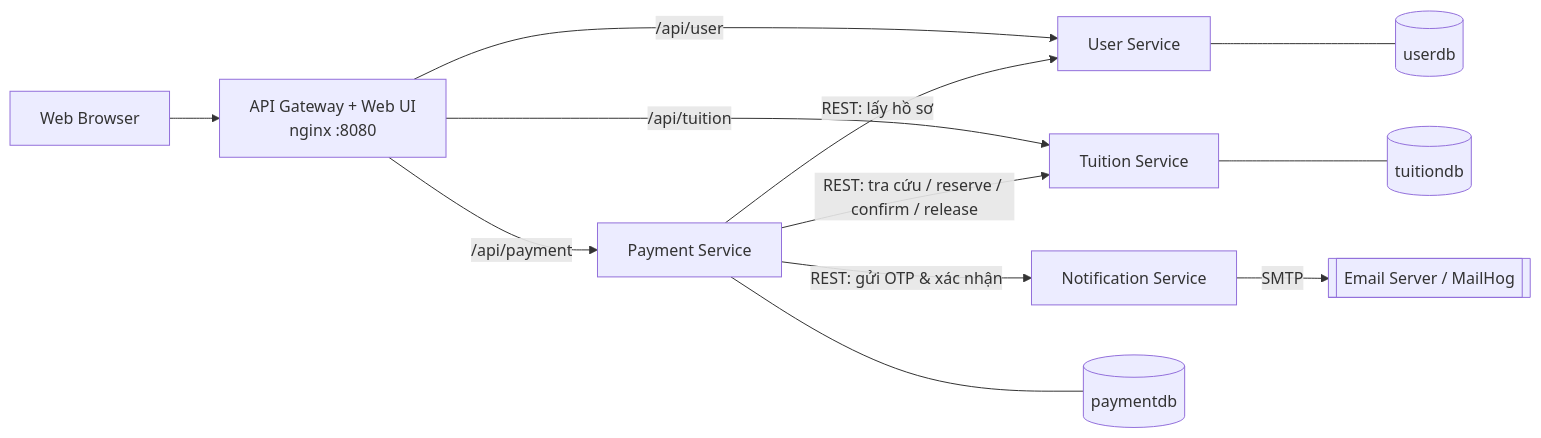
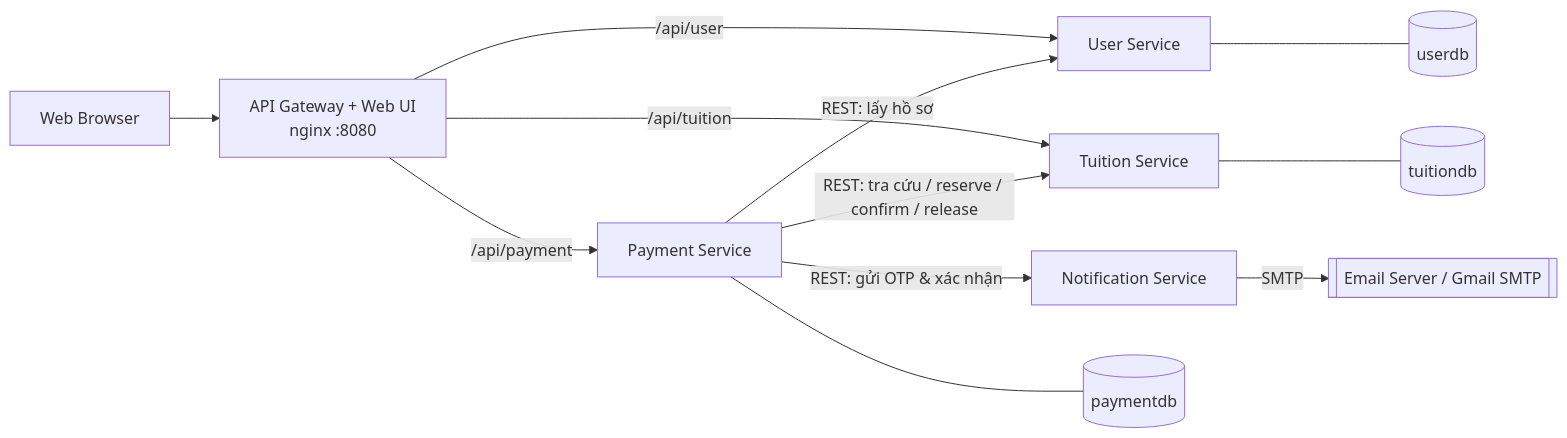
The third of 4 diagrams in README.md (LeHuyVu26/MIdterm_SOA_IBanking), drawn with Mermaid before and after one commit.

````diff
--- a/README.md
+++ b/README.md
@@ -104,14 +104,14 @@
 ```mermaid
 flowchart LR
   B[Web Browser] --> G[API Gateway + Web UI<br/>nginx :8080]
   G -->|/api/user| US[User Service]
   G -->|/api/tuition| TS[Tuition Service]
   G -->|/api/payment| PS[Payment Service]
   PS -->|REST: lấy hồ sơ| US
   PS -->|REST: tra cứu / reserve / confirm / release| TS
   PS -->|REST: gửi OTP & xác nhận| NS[Notification Service]
   US --- D1[(userdb)]
   TS --- D2[(tuitiondb)]
   PS --- D3[(paymentdb)]
-  NS -->|SMTP| ES[[Email Server / MailHog]]
+  NS -->|SMTP| ES[[Email Server / Gmail SMTP]]
 ```
````
